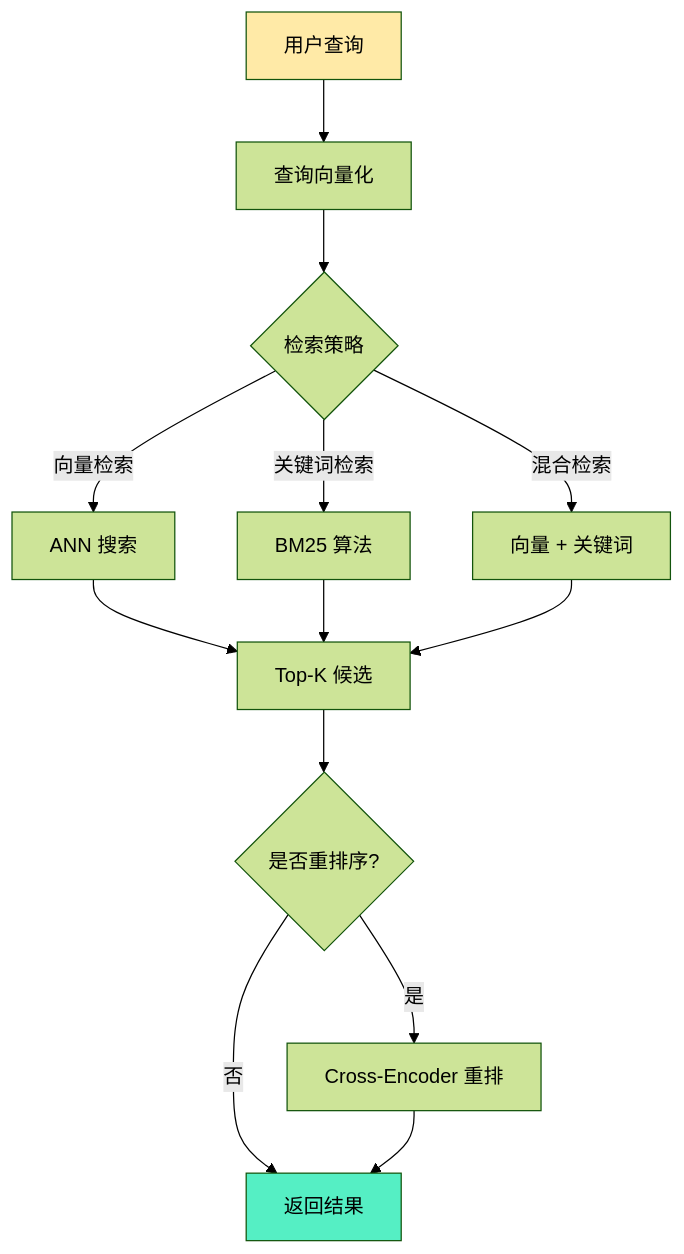
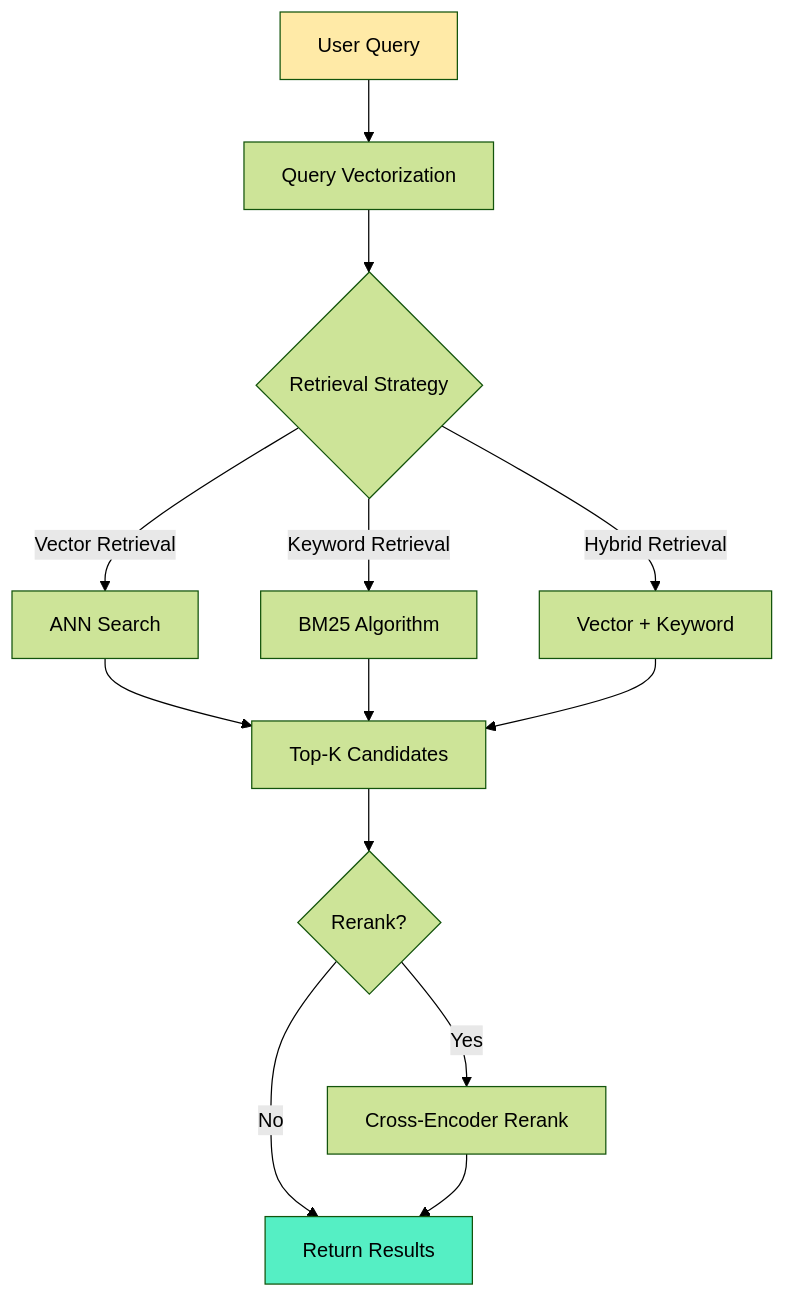
One commit to YiWang24/AiDIY changed the tenth of 15 diagrams in docs/ai/rag/01-introduction.mdx. Above: the diagram before and after it, drawn with Mermaid (forest theme). The commit also changed other lines of this file and 10 other files, not shown here.

First line of the commit message:
docs: enhance RAG documentation and fix Mermaid diagrams

````diff
--- a/docs/ai/rag/01-introduction.mdx
+++ b/docs/ai/rag/01-introduction.mdx
@@ -897,22 +897,22 @@
 ```mermaid
 flowchart TB
-    A["用户查询"] --> B["查询向量化"]
-    B --> C{"检索策略"}
+    A["User Query"] --> B["Query Vectorization"]
+    B --> C{"Retrieval Strategy"}
 
-    C -->|向量检索| D["ANN 搜索"]
-    C -->|关键词检索| E["BM25 算法"]
-    C -->|混合检索| F["向量 + 关键词"]
+    C -->|Vector Retrieval| D["ANN Search"]
+    C -->|Keyword Retrieval| E["BM25 Algorithm"]
+    C -->|Hybrid Retrieval| F["Vector + Keyword"]
 
-    D --> G["Top-K 候选"]
+    D --> G["Top-K Candidates"]
     E --> G
     F --> G
 
-    G --> H{"是否重排序?"}
-    H -->|是| I["Cross-Encoder 重排"]
-    H -->|否| J["返回结果"]
+    G --> H{"Rerank?"}
+    H -->|Yes| I["Cross-Encoder Rerank"]
+    H -->|No| J["Return Results"]
 
     I --> J
 
     style A fill:#ffeaa7
     style J fill:#55efc4
 ```
````
